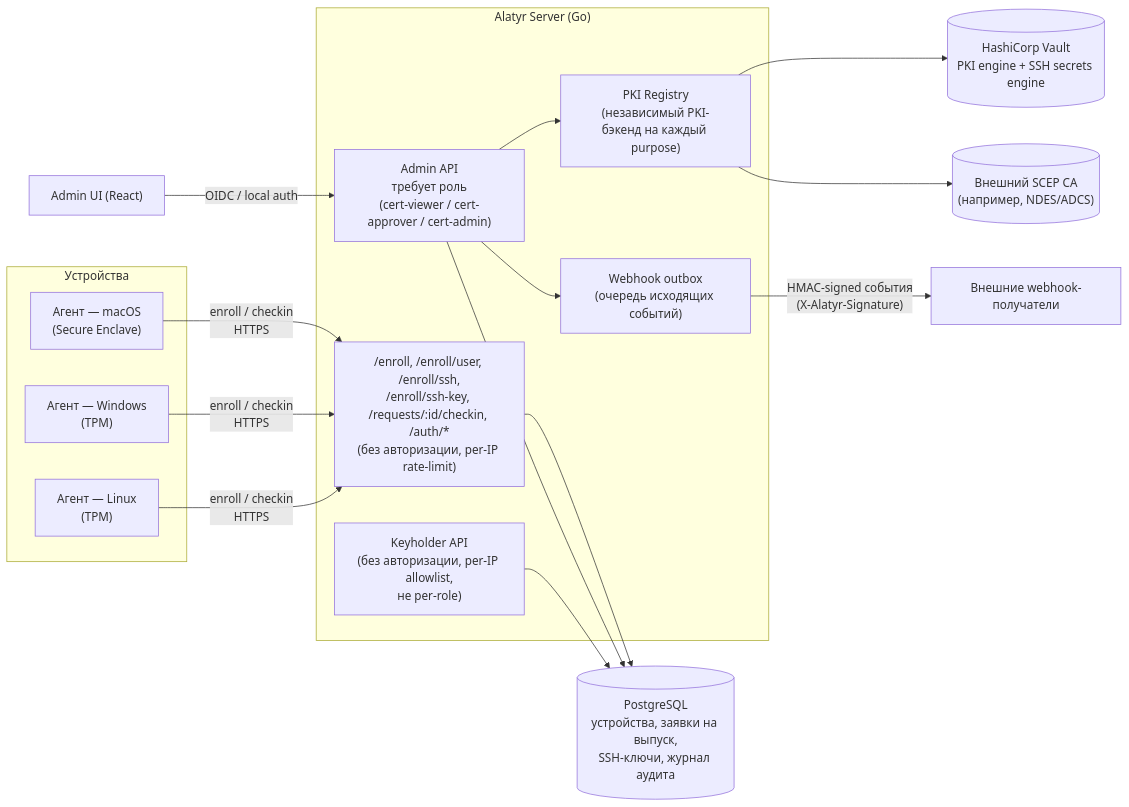
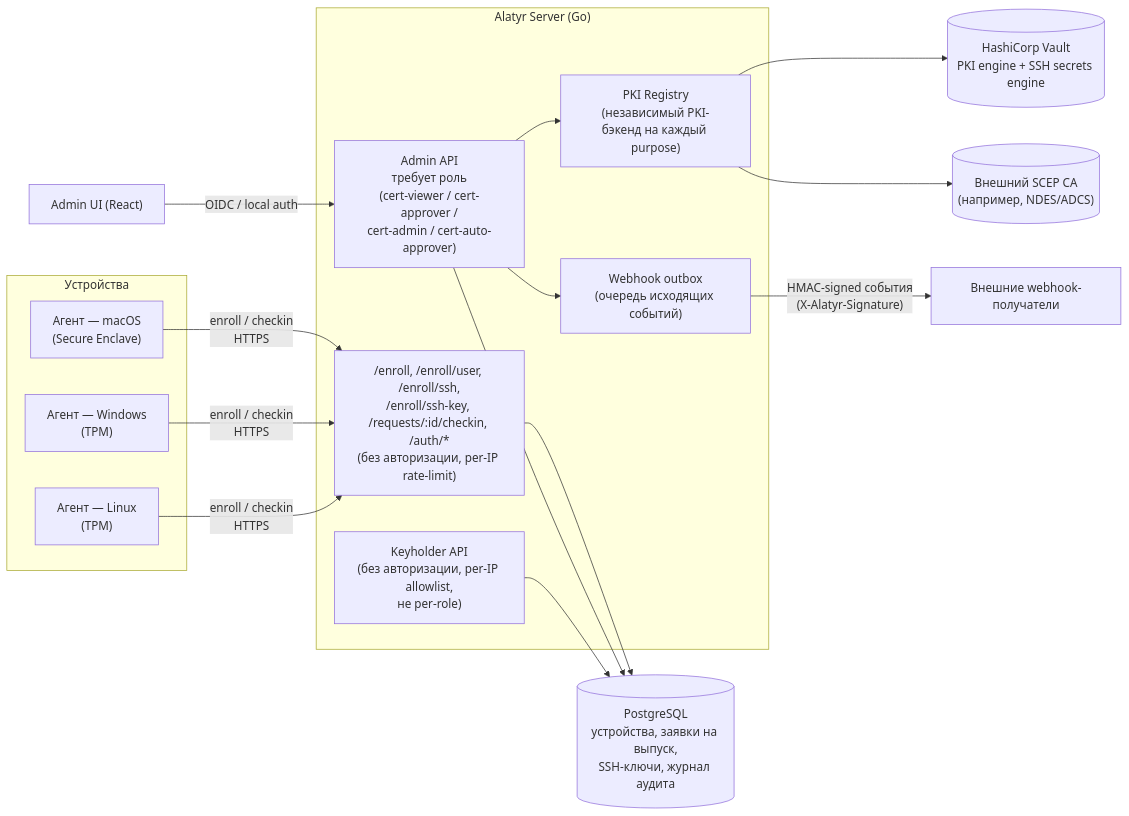
Before and after one commit to s3m4rgl/alatyr-docs: the first of 2 diagrams in docs/architecture.md, drawn with Mermaid. The commit also changed other lines of this file and 16 other files, not shown here.

````diff
--- a/docs/architecture.md
+++ b/docs/architecture.md
@@ -10,35 +10,35 @@
 ```mermaid
 flowchart LR
     subgraph Devices["Устройства"]
         AgentMac["Агент — macOS<br/>(Secure Enclave)"]
         AgentWin["Агент — Windows<br/>(TPM)"]
         AgentLinux["Агент — Linux<br/>(TPM)"]
     end
 
     Admin["Admin UI (React)"]
 
     subgraph Server["Alatyr Server (Go)"]
         Unauth["/enroll, /enroll/user, /enroll/ssh,<br/>/enroll/ssh-key, /requests/:id/checkin, /auth/*<br/>(без авторизации, per-IP rate-limit)"]
-        AdminAPI["Admin API<br/>требует роль<br/>(cert-viewer / cert-approver / cert-admin)"]
+        AdminAPI["Admin API<br/>требует роль<br/>(cert-viewer / cert-approver /<br/>cert-admin / cert-auto-approver)"]
         PKIReg["PKI Registry<br/>(независимый PKI-бэкенд на каждый purpose)"]
         Outbox["Webhook outbox<br/>(очередь исходящих событий)"]
         Keyholder["Keyholder API<br/>(без авторизации, per-IP allowlist,<br/>не per-role)"]
     end
 
     DB[("PostgreSQL<br/>устройства, заявки на выпуск,<br/>SSH-ключи, журнал аудита")]
     Vault[("HashiCorp Vault<br/>PKI engine + SSH secrets engine")]
     SCEPCA[("Внешний SCEP CA<br/>(например, NDES/ADCS)")]
 
     AgentMac -- "enroll / checkin<br/>HTTPS" --> Unauth
     AgentWin -- "enroll / checkin<br/>HTTPS" --> Unauth
     AgentLinux -- "enroll / checkin<br/>HTTPS" --> Unauth
     Admin -- "OIDC / local auth" --> AdminAPI
     Unauth --> DB
     AdminAPI --> DB
     AdminAPI --> PKIReg
     AdminAPI --> Outbox
     PKIReg --> Vault
     PKIReg --> SCEPCA
     Keyholder --> DB
     Outbox -- "HMAC-signed события<br/>(X-Alatyr-Signature)" --> ExternalHooks["Внешние webhook-получатели"]
 ```
````
